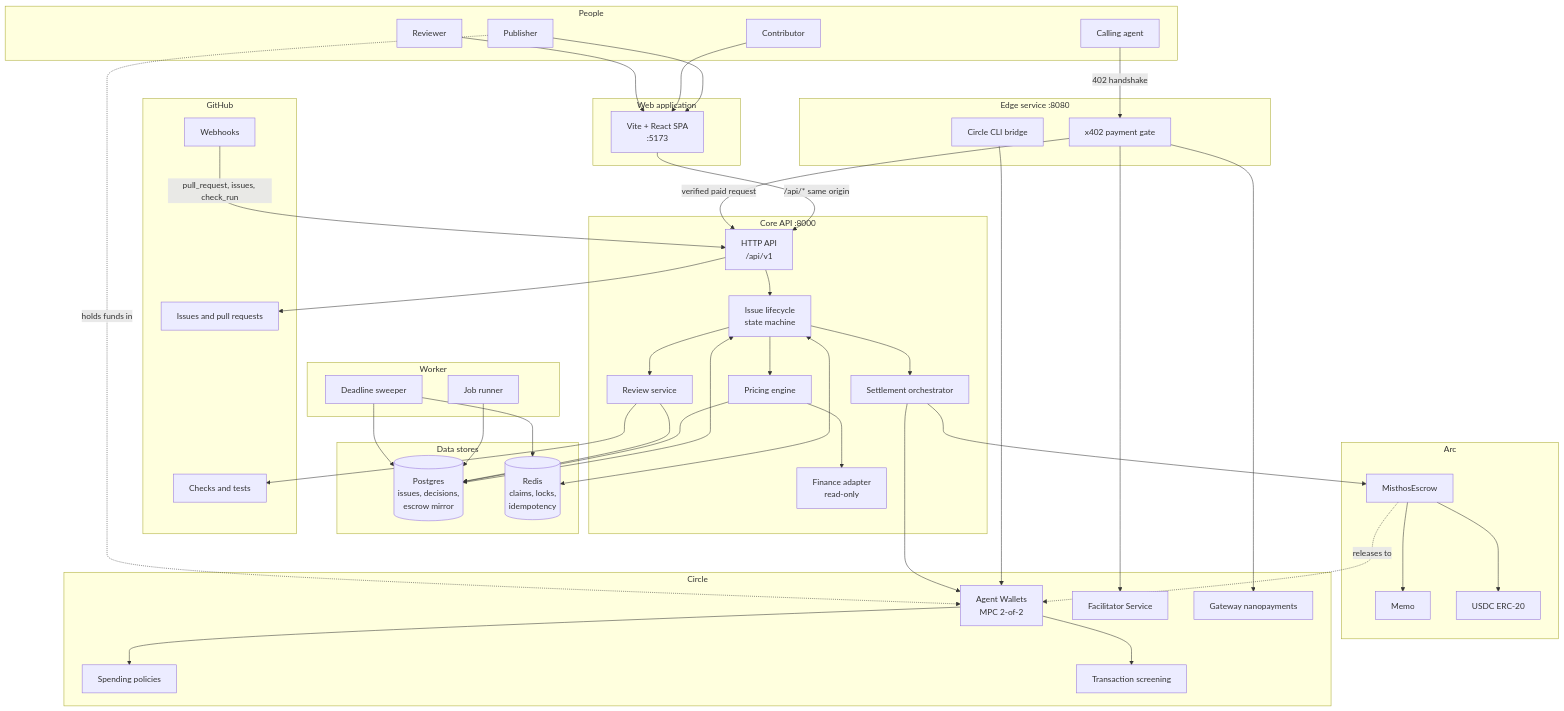
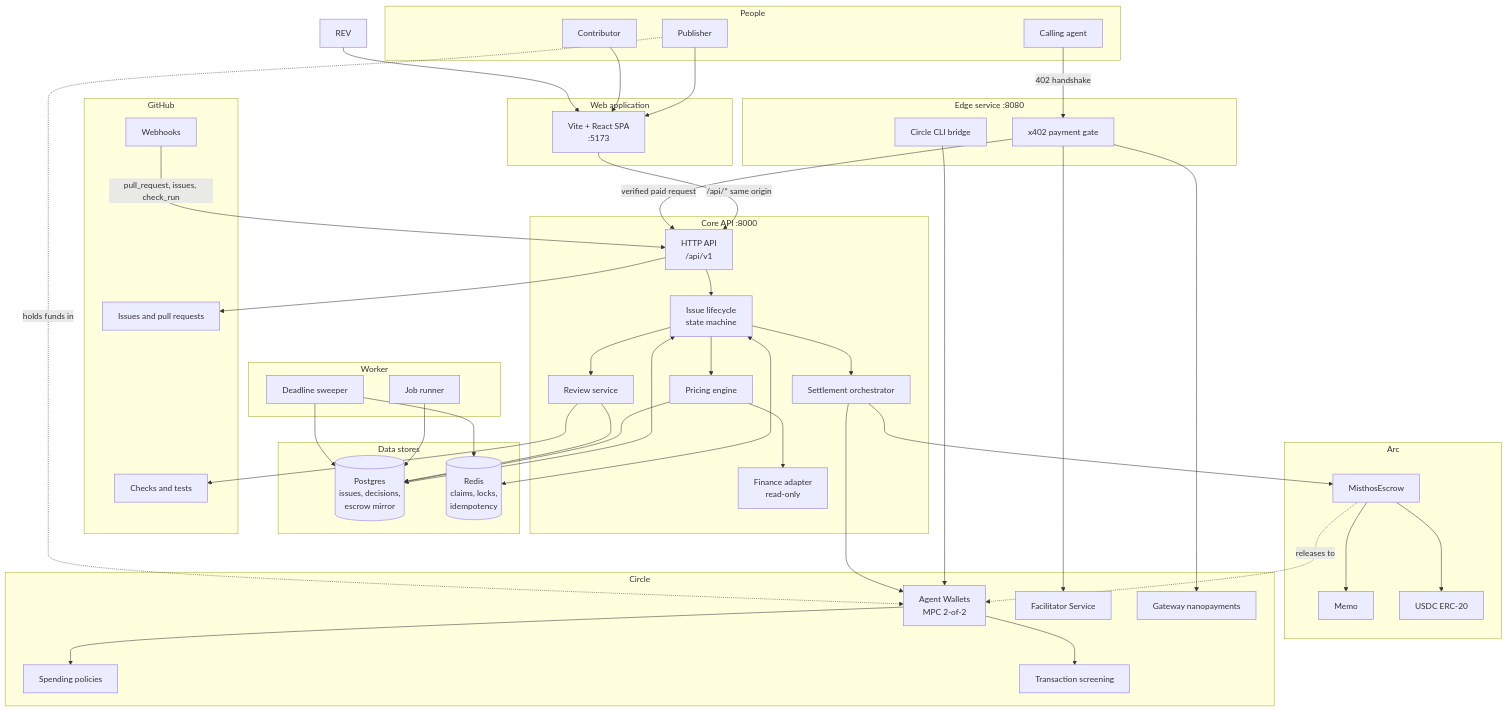
The first of 7 diagrams in docs/ARCHITECTURE.md (vanduc2514/hackathon-circle-misthos), drawn with Mermaid before and after one commit. The commit also changed other lines of this file and 27 other files, not shown here.

```diff
--- a/docs/ARCHITECTURE.md
+++ b/docs/ARCHITECTURE.md
@@ -45,7 +45,6 @@
     subgraph People["People"]
         PUB["Publisher"]
         CON["Contributor"]
-        REV["Reviewer"]
         AGT["Calling agent"]
     end
 
```
